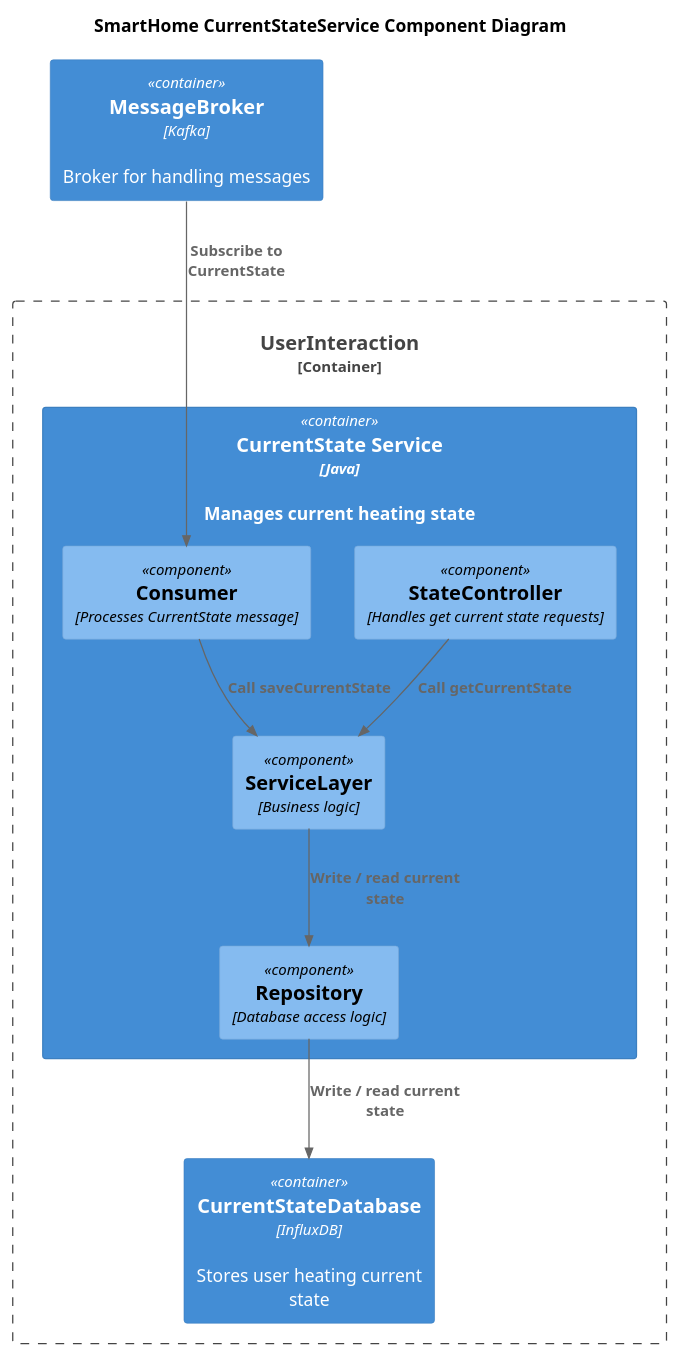
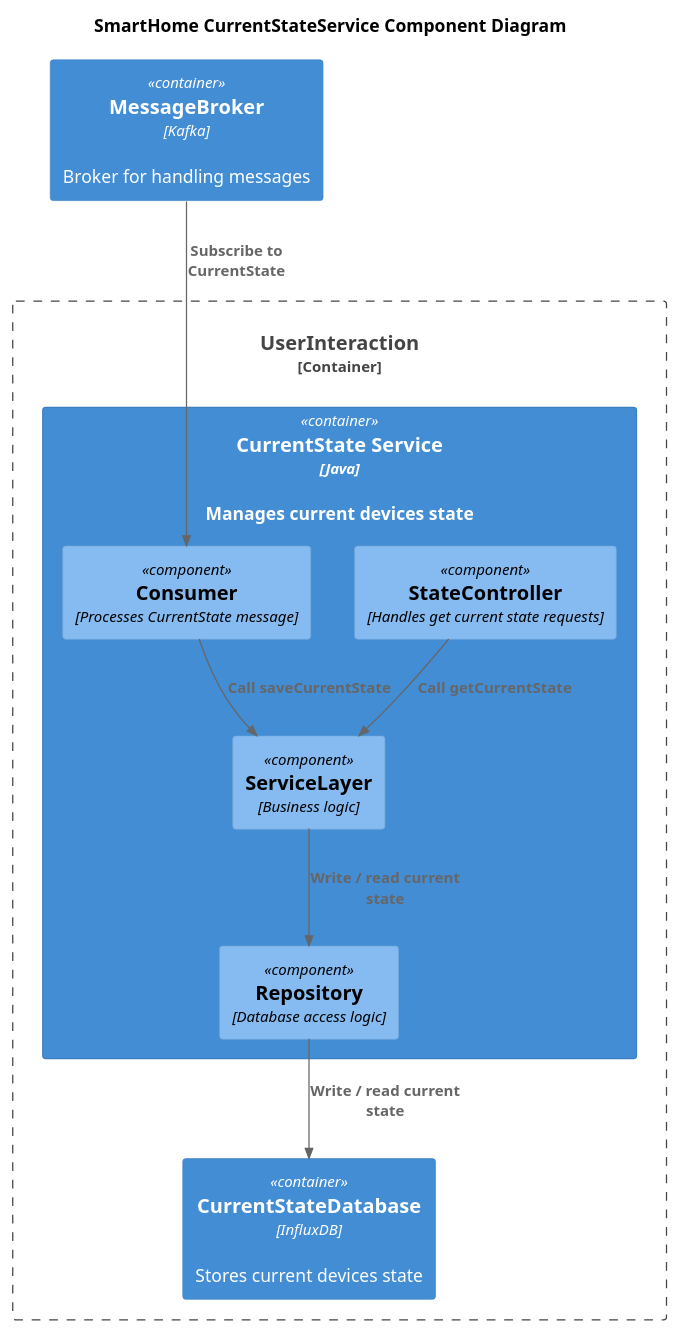
One commit to etloreq/yandex-practicum-arch-tasks changed the diagram in sprint3/SmartHome_Component_CurrentStateService.puml. Above: the diagram before and after it, drawn with PlantUML. The commit also changed 15 other files, not shown here.

```diff
--- a/sprint3/SmartHome_Component_CurrentStateService.puml
+++ b/sprint3/SmartHome_Component_CurrentStateService.puml
@@ -1,27 +1,27 @@
 @startuml
 title SmartHome CurrentStateService Component Diagram
 
 !include C4_Component.puml
 
 Container_Boundary(UserInteraction, "UserInteraction") {
-  Container(CurrentStateService, "CurrentState Service", "Java", "Manages current heating state")
-  Container(CurrentStateDatabase, "CurrentStateDatabase", "InfluxDB", "Stores user heating current state")
+  Container(CurrentStateService, "CurrentState Service", "Java", "Manages current devices state")
+  Container(CurrentStateDatabase, "CurrentStateDatabase", "InfluxDB", "Stores current devices state")
 }
 
 Container(MessageBroker, "MessageBroker", "Kafka", "Broker for handling messages")
 
-Container(CurrentStateService, "CurrentState Service", "Java", "Manages current heating state") {
+Container(CurrentStateService, "CurrentState Service", "Java", "Manages current devices state") {
     Component(StateController, "StateController", "Handles get current state requests")
     Component(Consumer, "Consumer", "Processes CurrentState message")
     Component(ServiceLayer, "ServiceLayer", "Business logic")
     Component(Repository, "Repository", "Database access logic")
 }
 
 
 Rel(MessageBroker, Consumer, "Subscribe to CurrentState")
 Rel(Consumer, ServiceLayer, "Call saveCurrentState")
 Rel(StateController, ServiceLayer, "Call getCurrentState")
 Rel(Repository, CurrentStateDatabase, "Write / read current state")
 Rel(ServiceLayer, Repository, "Write / read current state")
 
 @enduml
```
